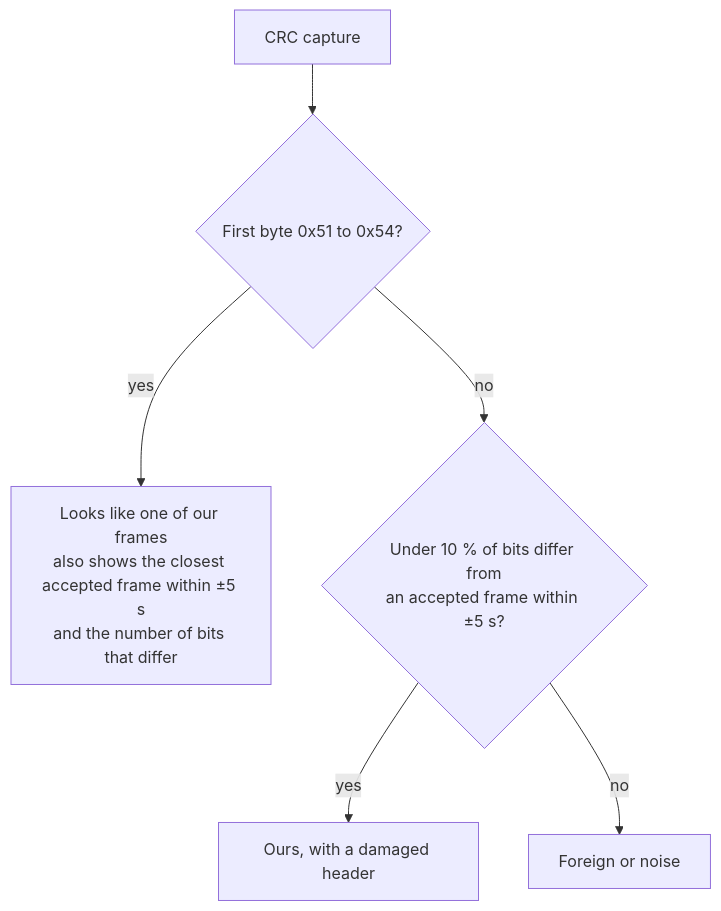
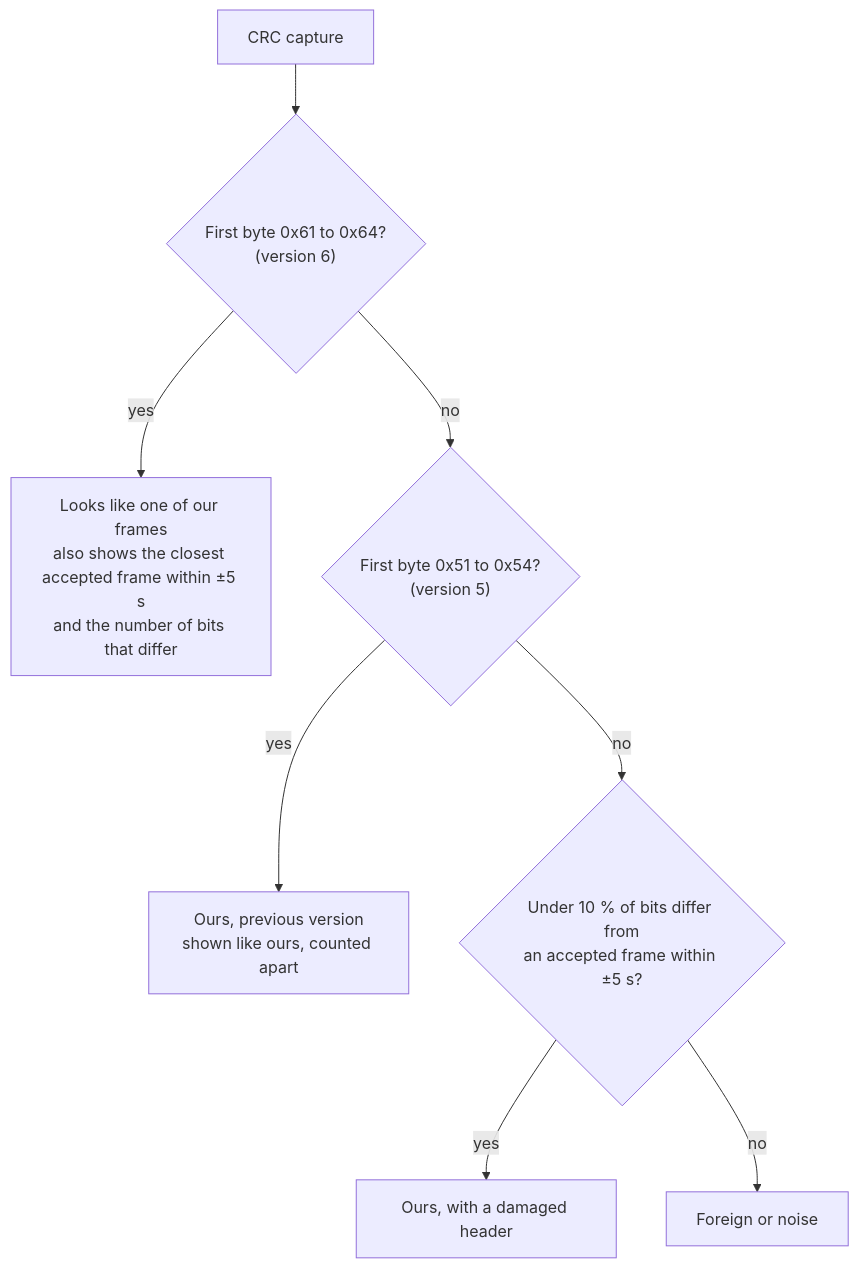
One commit to clintecker/weather-station-2026 changed the first of 2 diagrams in tools/README.md. Above: the diagram before and after it, drawn with Mermaid. The commit also changed other lines of this file and 303 other files, not shown here.

````diff
--- a/tools/README.md
+++ b/tools/README.md
@@ -35,8 +37,10 @@
 ```mermaid
 flowchart TD
-  A["CRC capture"] --> B{"First byte 0x51 to 0x54?"}
+  A["CRC capture"] --> B{"First byte 0x61 to 0x64?<br/>(version 6)"}
   B -->|"yes"| C["Looks like one of our frames<br/>also shows the closest accepted frame within ±5 s<br/>and the number of bits that differ"]
-  B -->|"no"| D{"Under 10 % of bits differ from<br/>an accepted frame within ±5 s?"}
+  B -->|"no"| P{"First byte 0x51 to 0x54?<br/>(version 5)"}
+  P -->|"yes"| Q["Ours, previous version<br/>shown like ours, counted apart"]
+  P -->|"no"| D{"Under 10 % of bits differ from<br/>an accepted frame within ±5 s?"}
   D -->|"yes"| E["Ours, with a damaged header"]
   D -->|"no"| F["Foreign or noise"]
 ```
````
